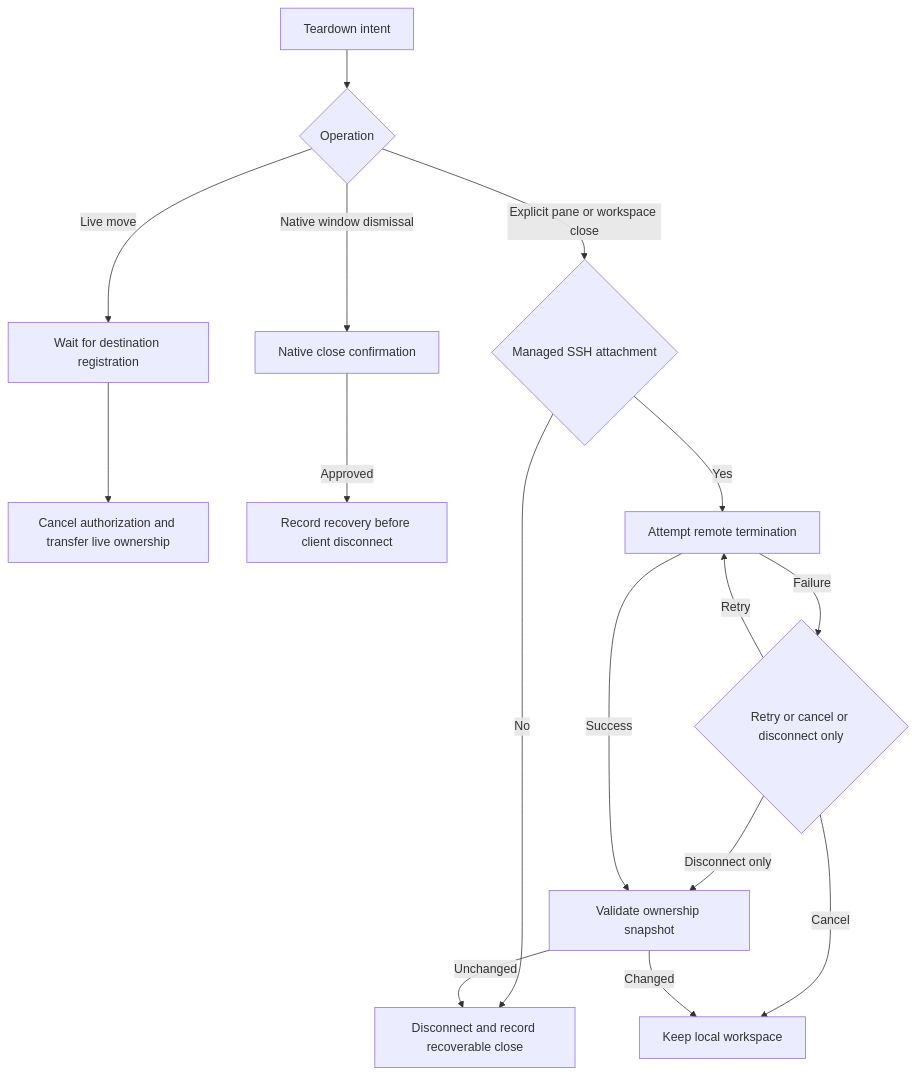
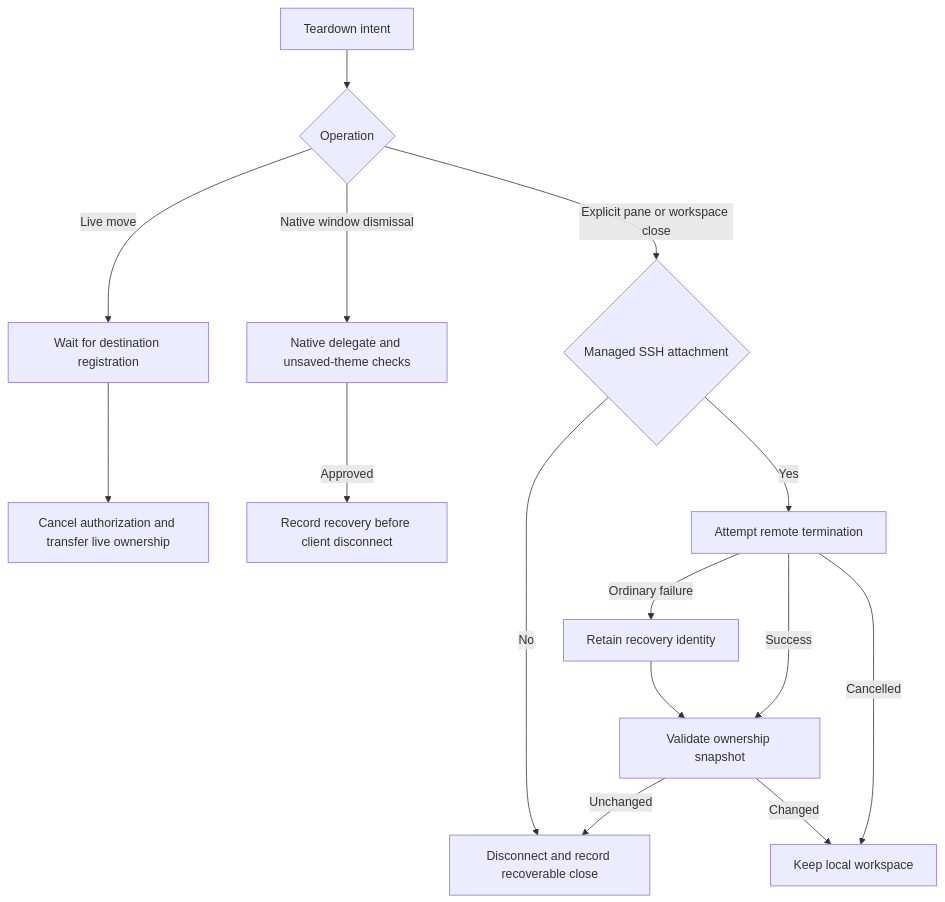
One commit to AkinoKaede/Termind changed the third of 7 diagrams in openwiki/architecture/desktop-ui.md. Above: the diagram before and after it, drawn with Mermaid. The commit also changed other lines of this file and 67 other files, not shown here.

````diff
--- a/openwiki/architecture/desktop-ui.md
+++ b/openwiki/architecture/desktop-ui.md
@@ -165,18 +167,17 @@
 ```mermaid
 flowchart TD
     Intent[Teardown intent] --> Kind{Operation}
     Kind -->|Live move| Ready[Wait for destination registration]
     Ready --> Transfer[Cancel authorization and transfer live ownership]
-    Kind -->|Native window dismissal| Veto[Native close confirmation]
+    Kind -->|Native window dismissal| Veto[Native delegate and unsaved-theme checks]
     Veto -->|Approved| Preserve[Record recovery before client disconnect]
     Kind -->|Explicit pane or workspace close| Managed{Managed SSH attachment}
     Managed -->|No| Remove[Disconnect and record recoverable close]
     Managed -->|Yes| Attempt[Attempt remote termination]
-    Attempt -->|Failure| Choice{Retry or cancel or disconnect only}
-    Choice -->|Retry| Attempt
-    Choice -->|Cancel| Retain[Keep local workspace]
-    Choice -->|Disconnect only| Snapshot[Validate ownership snapshot]
+    Attempt -->|Ordinary failure| Recovery[Retain recovery identity]
+    Recovery --> Snapshot[Validate ownership snapshot]
     Attempt -->|Success| Snapshot
+    Attempt -->|Cancelled| Retain[Keep local workspace]
     Snapshot -->|Unchanged| Remove
     Snapshot -->|Changed| Retain
 ```
````
